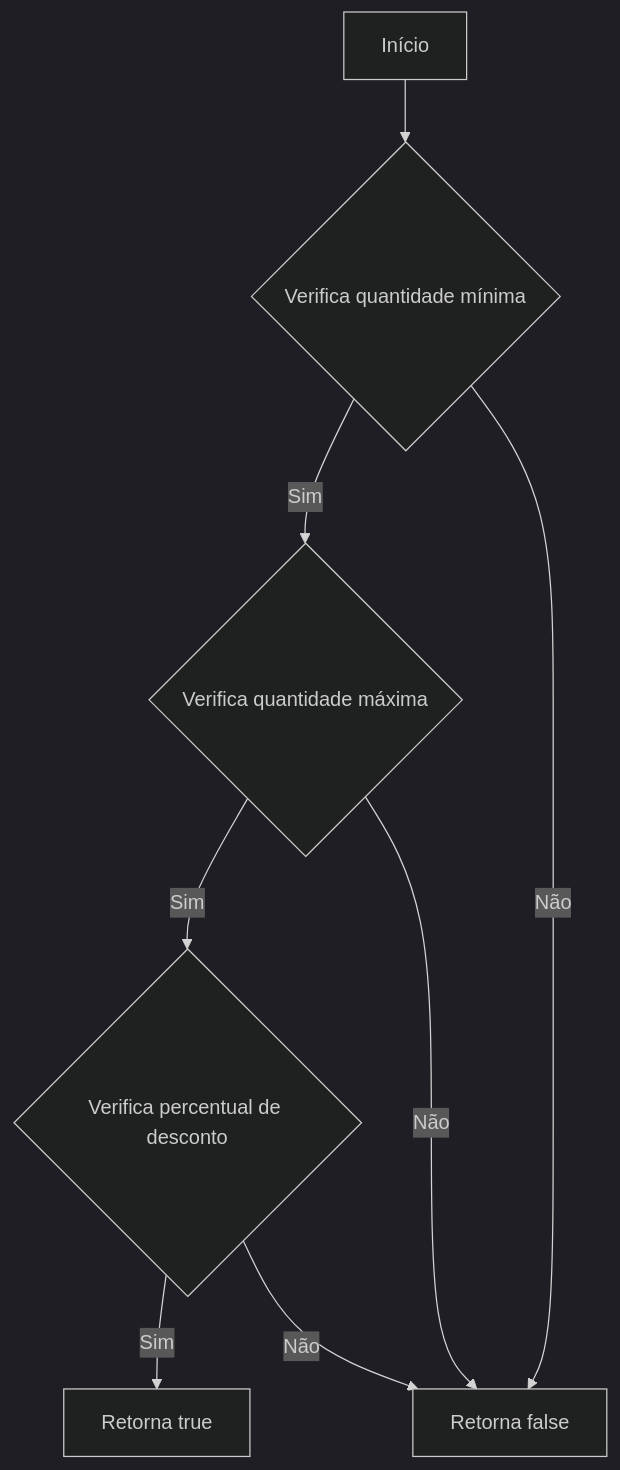
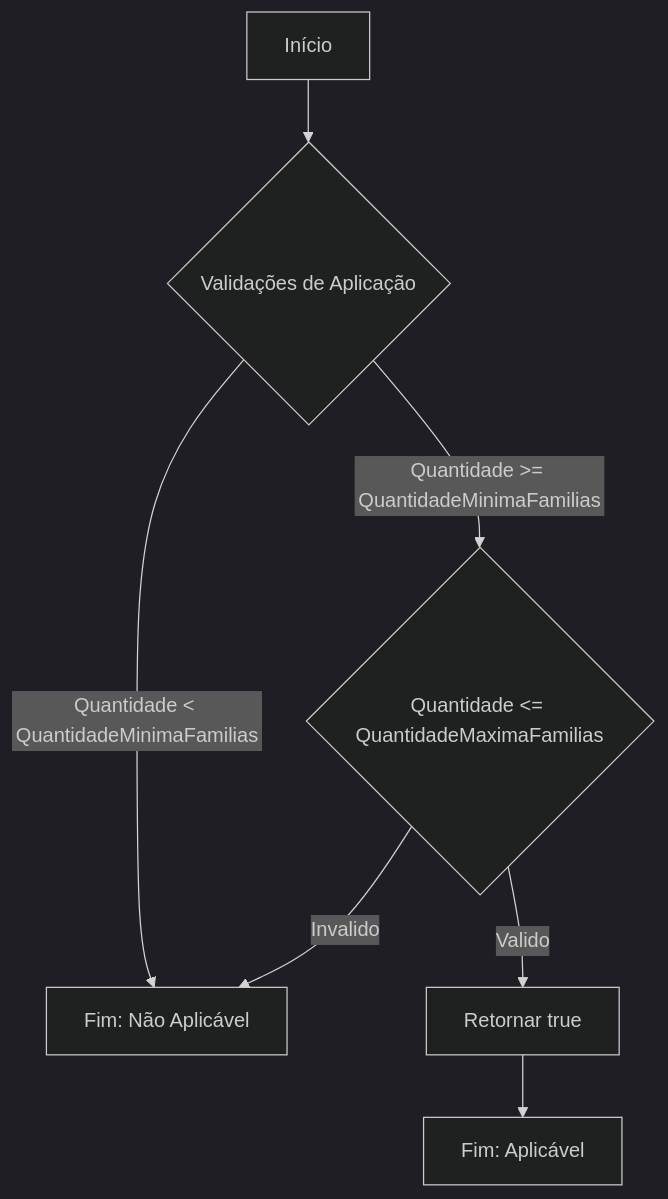
Before and after one commit to IsthmusSistemas/documentacao-tecnica: the first of 3 diagrams in docs/b2b-dominio/IsthmusWinthor.Nucleo/IsthmusWinthor.Dominio/POCO/Precos/IsthmusIndustrias/CondicoesComerciais/DescontosProgressivosFamilias/DescontoProgressivoFamiliaDescontoIsthmusIndustriaModel.md, drawn with Mermaid (dark theme). The commit also changed other lines of this file and 882 other files, not shown here.

````diff
--- a/docs/b2b-dominio/IsthmusWinthor.Nucleo/IsthmusWinthor.Dominio/POCO/Precos/IsthmusIndustrias/CondicoesComerciais/DescontosProgressivosFamilias/DescontoProgressivoFamiliaDescontoIsthmusIndustriaModel.md
+++ b/docs/b2b-dominio/IsthmusWinthor.Nucleo/IsthmusWinthor.Dominio/POCO/Precos/IsthmusIndustrias/CondicoesComerciais/DescontosProgressivosFamilias/DescontoProgressivoFamiliaDescontoIsthmusIndustriaModel.md
@@ -18,10 +20,9 @@
 ```mermaid
 flowchart TD
-    A[Início] --> B{Verifica quantidade mínima}
-    B -->|Sim| C{Verifica quantidade máxima}
-    B -->|Não| D[Retorna false]
-    C -->|Sim| E{Verifica percentual de desconto}
-    C -->|Não| D[Retorna false]
-    E -->|Sim| F[Retorna true]
-    E -->|Não| D[Retorna false]
+    A[Início] --> B{Validações de Aplicação}
+    B -->|Quantidade >= QuantidadeMinimaFamilias| C{Quantidade <= QuantidadeMaximaFamilias}
+    B -->|Quantidade < QuantidadeMinimaFamilias| F[Fim: Não Aplicável]
+    C -->|Valido| D[Retornar true]
+    C -->|Invalido| F[Fim: Não Aplicável]
+    D --> E[Fim: Aplicável]
 ```
````
